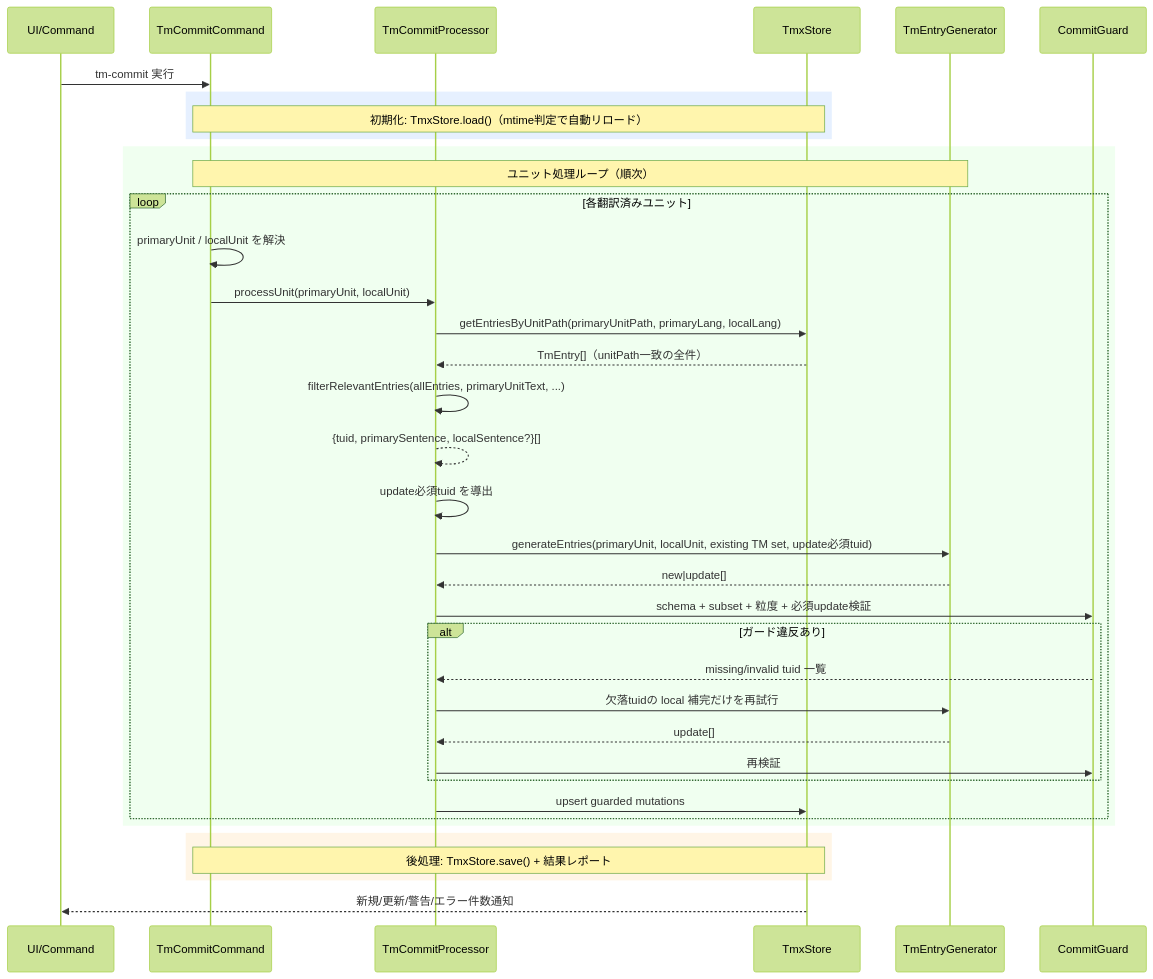
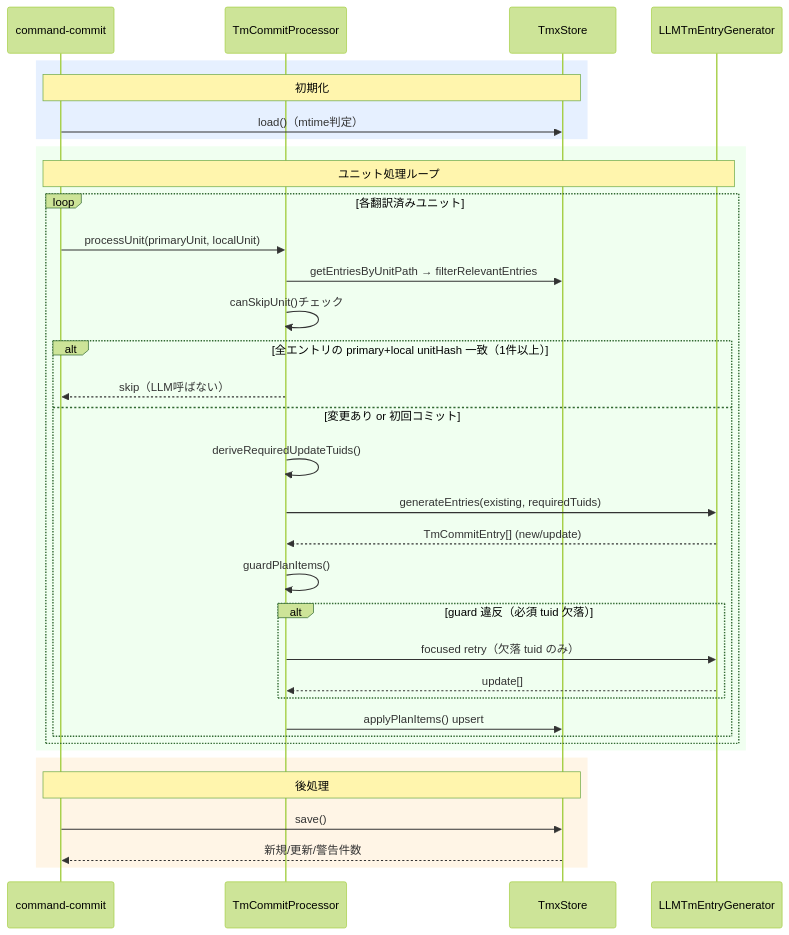
One commit to mochimochiki/mdait changed the diagram in docs/design/command_tm.md. Above: the diagram before and after it, drawn with Mermaid (forest theme). The commit also changed other lines of this file and 21 other files, not shown here.

````diff
--- a/docs/design/command_tm.md
+++ b/docs/design/command_tm.md
@@ -69,44 +113,40 @@
 ```mermaid
 sequenceDiagram
-    participant User as UI/Command
-    participant Cmd as TmCommitCommand
+    participant Cmd as command-commit
     participant Proc as TmCommitProcessor
     participant Store as TmxStore
-    participant AI as TmEntryGenerator
-    participant Guard as CommitGuard
-
-    User->>Cmd: tm-commit 実行
+    participant Gen as LLMTmEntryGenerator
 
     rect rgb(230, 240, 255)
-        Note over Cmd,Store: 初期化: TmxStore.load()（mtime判定で自動リロード）
+        Note over Cmd,Store: 初期化
+        Cmd->>Store: load()（mtime判定）
     end
 
     rect rgb(240, 255, 240)
-        Note over Cmd,AI: ユニット処理ループ（順次）
+        Note over Cmd,Gen: ユニット処理ループ
         loop 各翻訳済みユニット
-            Cmd->>Cmd: primaryUnit / localUnit を解決
             Cmd->>Proc: processUnit(primaryUnit, localUnit)
-            Proc->>Store: getEntriesByUnitPath(primaryUnitPath, primaryLang, localLang)
-            Store-->>Proc: TmEntry[]（unitPath一致の全件）
-            Proc->>Proc: filterRelevantEntries(allEntries, primaryUnitText, ...)
-            Proc-->>Proc: {tuid, primarySentence, localSentence?}[]
-            Proc->>Proc: update必須tuid を導出
-            Proc->>AI: generateEntries(primaryUnit, localUnit, existing TM set, update必須tuid)
-            AI-->>Proc: new|update[]
-            Proc->>Guard: schema + subset + 粒度 + 必須update検証
-            alt ガード違反あり
-                Guard-->>Proc: missing/invalid tuid 一覧
-                Proc->>AI: 欠落tuidの local 補完だけを再試行
-                AI-->>Proc: update[]
-                Proc->>Guard: 再検証
+            Proc->>Store: getEntriesByUnitPath → filterRelevantEntries
+            Proc->>Proc: canSkipUnit()チェック
+            alt 全エントリの primary+local unitHash 一致（1件以上）
+                Proc-->>Cmd: skip（LLM呼ばない）
+            else 変更あり or 初回コミット
+                Proc->>Proc: deriveRequiredUpdateTuids()
+                Proc->>Gen: generateEntries(existing, requiredTuids)
+                Gen-->>Proc: TmCommitEntry[] (new/update)
+                Proc->>Proc: guardPlanItems()
+                alt guard 違反（必須 tuid 欠落）
+                    Proc->>Gen: focused retry（欠落 tuid のみ）
+                    Gen-->>Proc: update[]
+                end
+                Proc->>Store: applyPlanItems() upsert
             end
-            Proc->>Store: upsert guarded mutations
         end
     end
 
     rect rgb(255, 245, 230)
-        Note over Cmd,Store: 後処理: TmxStore.save() + 結果レポート
+        Note over Cmd,Store: 後処理
+        Cmd->>Store: save()
+        Store-->>Cmd: 新規/更新/警告件数
     end
-
-    Store-->>User: 新規/更新/警告/エラー件数通知
 ```
````
